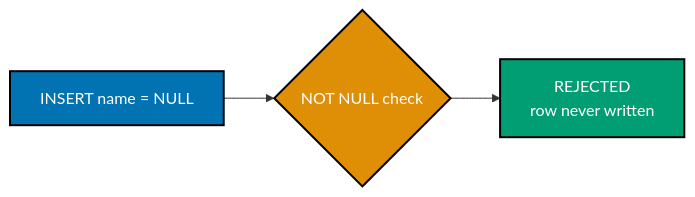
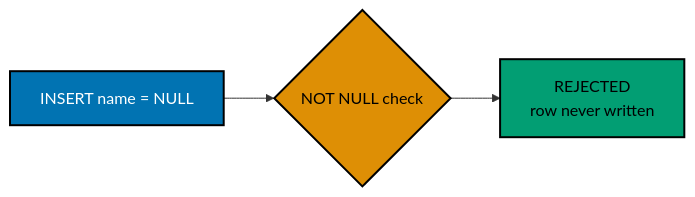
Before and after one commit to wahidyankf/ose-public: the second of 9 diagrams in apps/ayokoding-www/content/en/learn/courses/sql-essentials/learning/beginner.md, drawn with Mermaid. The commit also changed other lines of this file and 145 other files, not shown here.

First line of the commit message:
fix(mermaid): bring the second half of the courses diagrams onto the accessible palette

````diff
--- a/apps/ayokoding-www/content/en/learn/courses/sql-essentials/learning/beginner.md
+++ b/apps/ayokoding-www/content/en/learn/courses/sql-essentials/learning/beginner.md
@@ -839,12 +842,15 @@
 ```mermaid
 %% Color Palette: Blue #0173B2, Orange #DE8F05, Teal #029E73 -- color-blind friendly, WCAG AA
 flowchart LR
+    accTitle: Example 18: Not Null Constraint
+    accDescr: Flowchart with 3 nodes and 2 connections. Nodes: INSERT name = NULL, NOT NULL check, REJECTED row never written. Connections: INSERT name = NULL to NOT NULL check, NOT NULL check to REJECTED row never written.
     A["INSERT name = NULL"]:::blue
     B{"NOT NULL check"}:::orange
     C["REJECTED<br/>row never written"]:::teal
     A --> B --> C
 
     classDef blue fill:#0173B2,stroke:#000000,color:#FFFFFF,stroke-width:2px
-    classDef orange fill:#DE8F05,stroke:#000000,color:#FFFFFF,stroke-width:2px
-    classDef teal fill:#029E73,stroke:#000000,color:#FFFFFF,stroke-width:2px
+    classDef orange fill:#DE8F05,stroke:#000000,color:#000000,stroke-width:2px
+    classDef teal fill:#029E73,stroke:#000000,color:#000000,stroke-width:2px
+    classDef default fill:#FFFFFF,stroke:#000000,color:#000000
 ```
````
